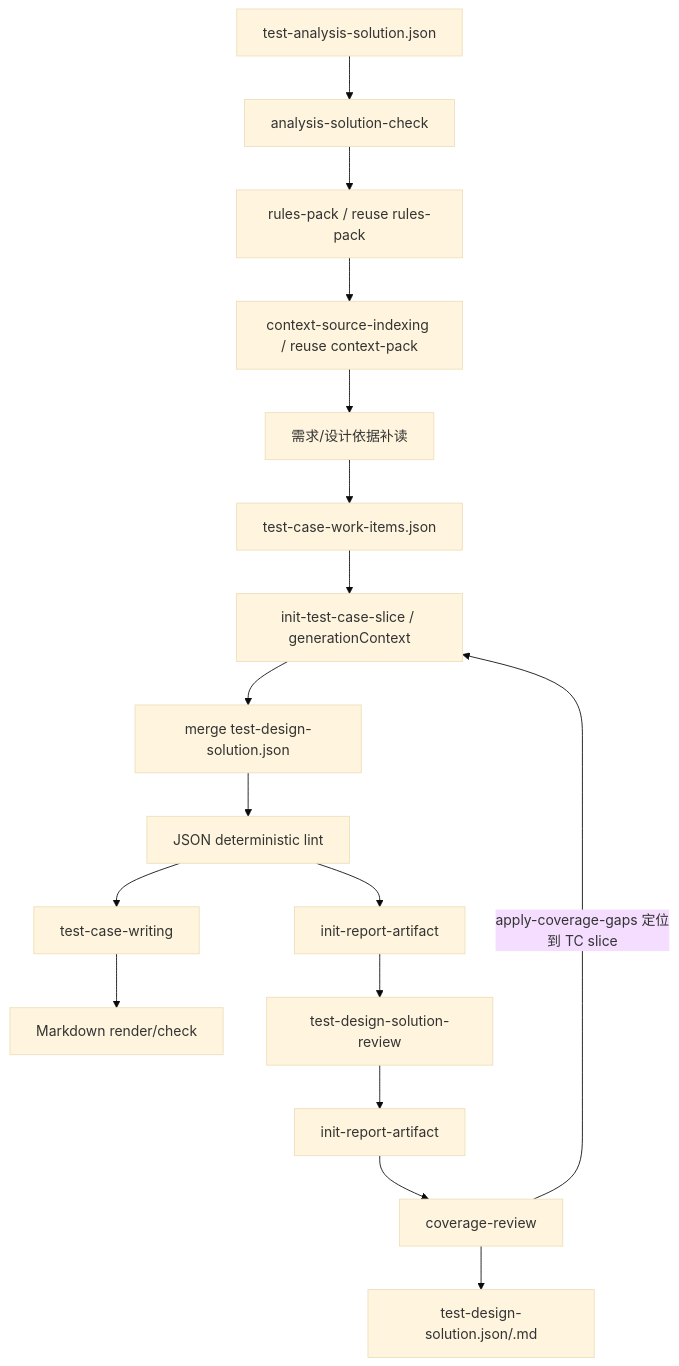
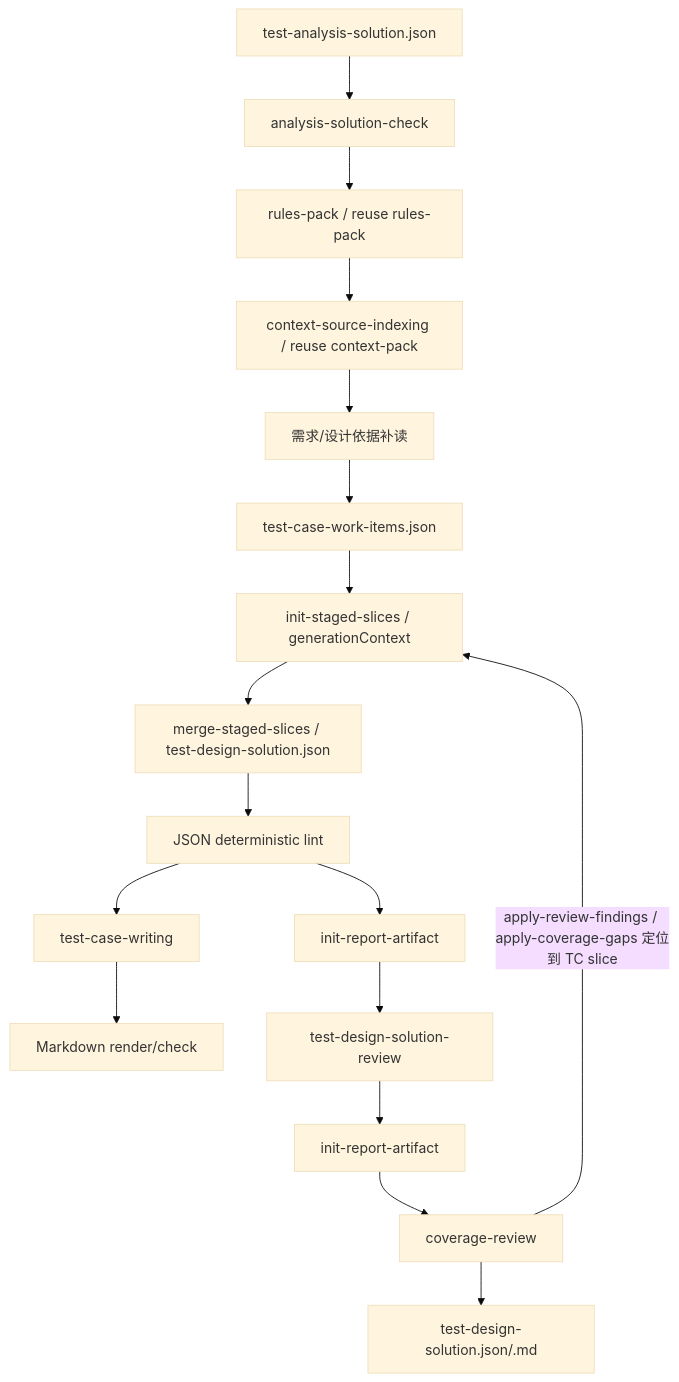
Before and after one commit to szluoqy-byte/Test-Analysis-Agent-MM: the diagram in docs/test-design-agent-design.md, drawn with Mermaid (base theme). The commit also changed other lines of this file and 35 other files, not shown here.

Commit message:
chore: stabilize staged analysis design workflow

````diff
--- a/docs/test-design-agent-design.md
+++ b/docs/test-design-agent-design.md
@@ -11,19 +11,19 @@
 ```mermaid
 flowchart TD
   analysis["test-analysis-solution.json"] --> check["analysis-solution-check"]
   check --> rules["rules-pack / reuse rules-pack"]
   rules --> context["context-source-indexing / reuse context-pack"]
   context --> basis["需求/设计依据补读"]
   basis --> workItems["test-case-work-items.json"]
-  workItems --> slices["init-test-case-slice / generationContext"]
-  slices --> generation["merge test-design-solution.json"]
+  workItems --> slices["init-staged-slices / generationContext"]
+  slices --> generation["merge-staged-slices / test-design-solution.json"]
   generation --> jsonlint["JSON deterministic lint"]
   jsonlint --> writing["test-case-writing"]
   writing --> lint["Markdown render/check"]
   jsonlint --> reviewInit["init-report-artifact"]
   reviewInit --> review["test-design-solution-review"]
   review --> coverageInit["init-report-artifact"]
   coverageInit --> coverage["coverage-review"]
-  coverage -->|apply-coverage-gaps 定位到 TC slice| slices
+  coverage -->|apply-review-findings / apply-coverage-gaps 定位到 TC slice| slices
   coverage --> output["test-design-solution.json/.md"]
 ```
````
